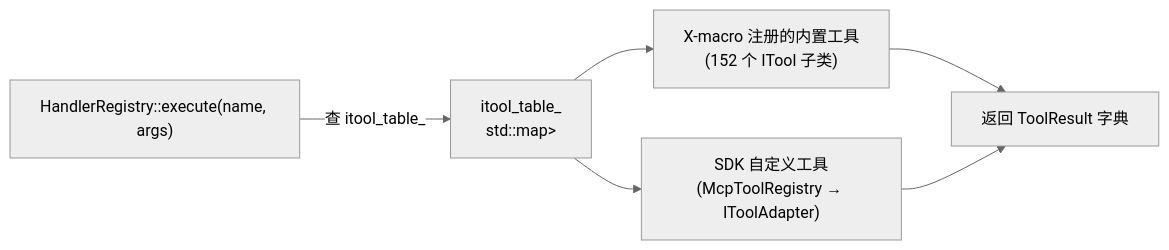
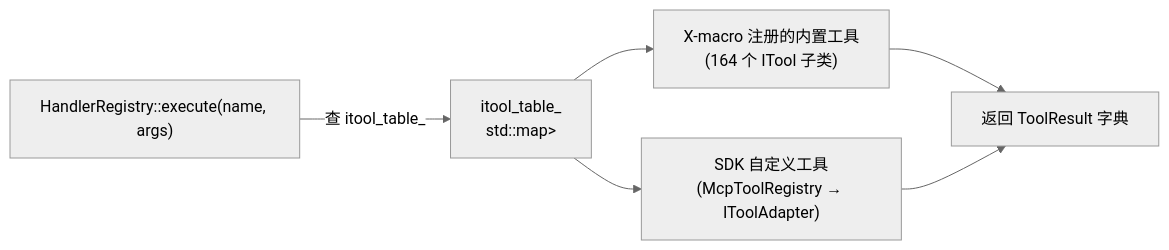
Before and after one commit to jesspig/GodotMCP-GDExtension: the second of 2 diagrams in .repo_wiki/modules/command-routing.md, drawn with Mermaid (neutral theme). The commit also changed 27 other files, not shown here.

````diff
--- a/.repo_wiki/modules/command-routing.md
+++ b/.repo_wiki/modules/command-routing.md
@@ -38,13 +38,13 @@
 ```mermaid
 flowchart LR
     REG["HandlerRegistry::execute(name, args)"]
     ITBL["itool_table_<br/>std::map<String, unique_ptr<ITool>>"]
-    BUILTIN["X-macro 注册的内置工具<br/>(152 个 ITool 子类)"]
+    BUILTIN["X-macro 注册的内置工具<br/>(164 个 ITool 子类)"]
     SDK["SDK 自定义工具<br/>(McpToolRegistry → IToolAdapter)"]
     RES["返回 ToolResult 字典"]
     REG -->|"查 itool_table_"| ITBL
     ITBL --> BUILTIN
     ITBL --> SDK
     BUILTIN --> RES
     SDK --> RES
 ```
````
